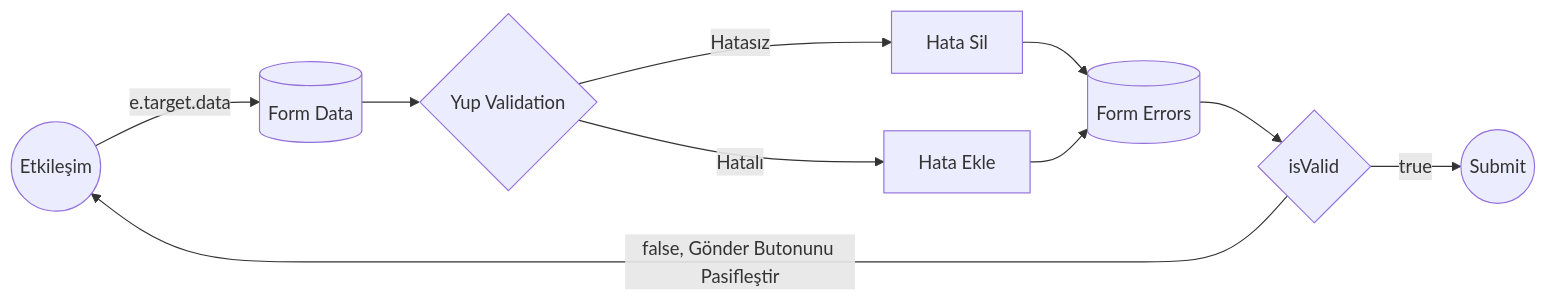
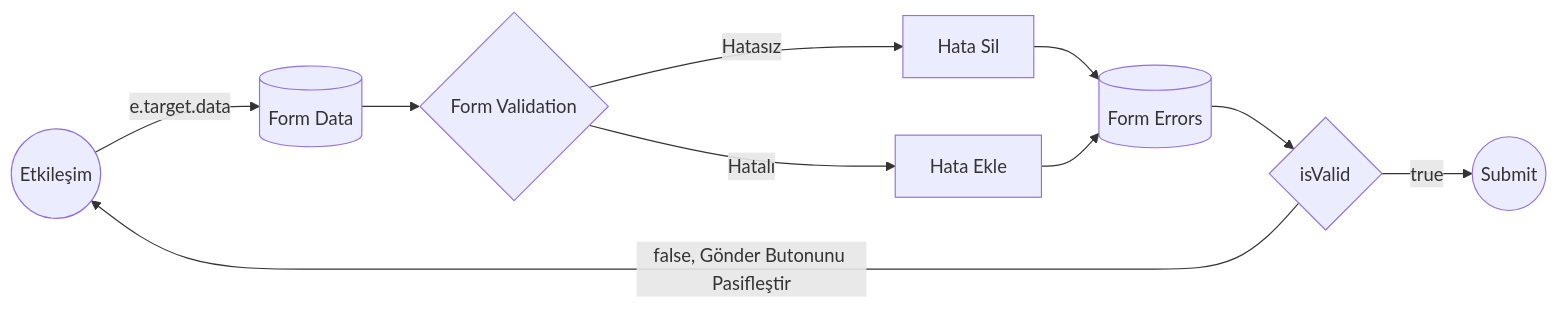
Before and after one commit to Workintech/fsweb-s8-challenge-pizza: the second of 2 diagrams in README.md, drawn with Mermaid. The commit also changed other lines of this file and 34 other files, not shown here.

````diff
--- a/README.md
+++ b/README.md
@@ -30,12 +35,12 @@
 ```mermaid
 graph LR
 A((Etkileşim)) --e.target.data-->  F[(Form Data)]
-F--> V{Yup Validation}
+F--> V{Form Validation}
 V--Hatalı-->H[Hata Ekle]
 V--Hatasız-->S[Hata Sil]
 S-->E
 H-->E[(Form Errors)]
 E-->I{isValid}
 I--false, Gönder Butonunu Pasifleştir-->A
 I--true-->Z((Submit))
 ```
````
